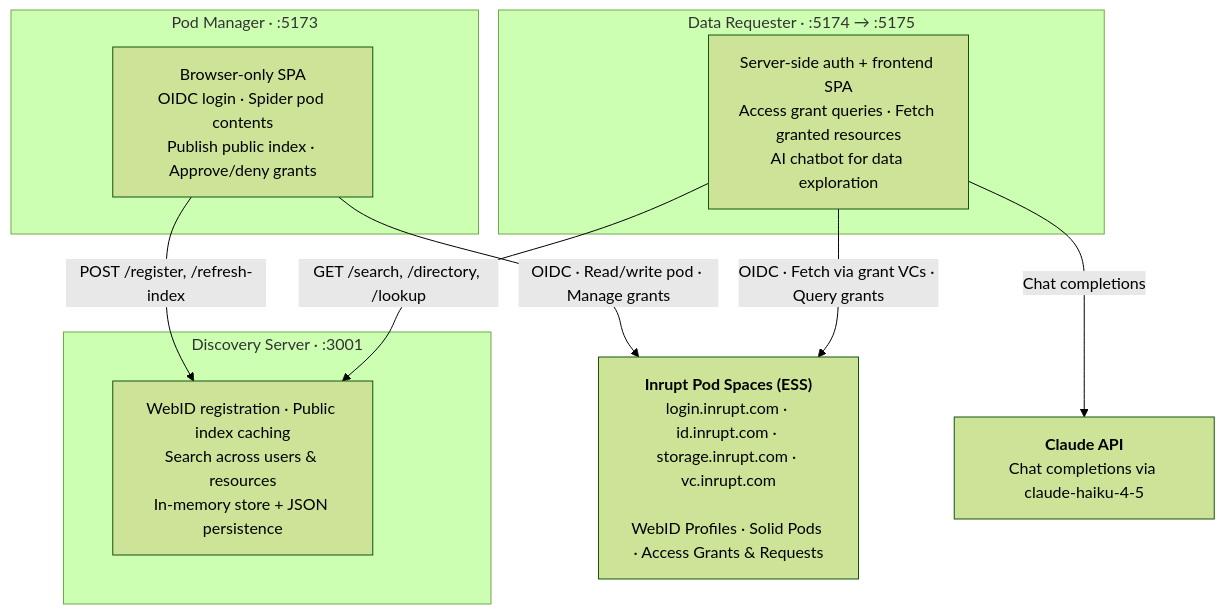
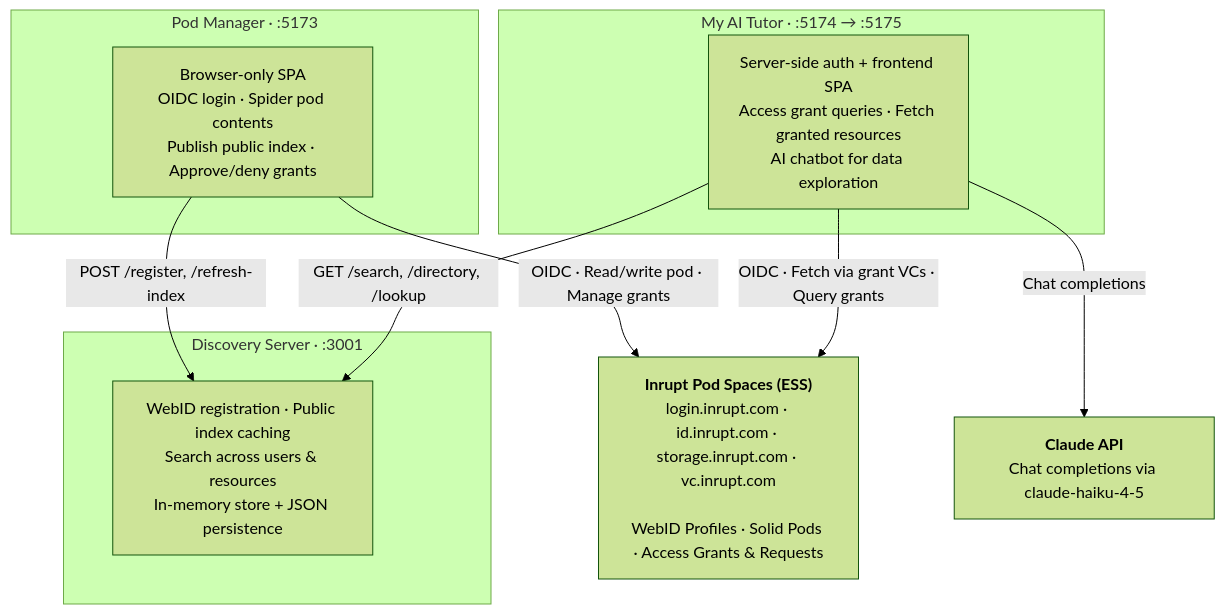
One commit to inrupt-sandbox/solid-sandbox-apps changed the diagram in README.md. Above: the diagram before and after it, drawn with Mermaid (forest theme). The commit also changed other lines of this file and 3 other files, not shown here.

Commit message:
Rename Data Requester to My AI Tutor

````diff
--- a/README.md
+++ b/README.md
@@ -9,24 +9,24 @@
 ```mermaid
 graph TB
     ESS["<b>Inrupt Pod Spaces (ESS)</b><br/>login.inrupt.com · id.inrupt.com · storage.inrupt.com · vc.inrupt.com<br/><br/>WebID Profiles · Solid Pods · Access Grants &amp; Requests"]
     AI["<b>Claude API</b><br/>Chat completions via claude-haiku-4-5"]
 
     subgraph PM["Pod Manager · :5173"]
         PM_desc["Browser-only SPA<br/>OIDC login · Spider pod contents<br/>Publish public index · Approve/deny grants"]
     end
 
-    subgraph DR["Data Requester · :5174 → :5175"]
+    subgraph DR["My AI Tutor · :5174 → :5175"]
         DR_desc["Server-side auth + frontend SPA<br/>Access grant queries · Fetch granted resources<br/>AI chatbot for data exploration"]
     end
 
     subgraph DS["Discovery Server · :3001"]
         DS_desc["WebID registration · Public index caching<br/>Search across users & resources<br/>In-memory store + JSON persistence"]
     end
 
     PM_desc -- "OIDC · Read/write pod · Manage grants" --> ESS
     PM_desc -- "POST /register, /refresh-index" --> DS_desc
 
     DR_desc -- "OIDC · Fetch via grant VCs · Query grants" --> ESS
     DR_desc -- "GET /search, /directory, /lookup" --> DS_desc
     DR_desc -- "Chat completions" --> AI
 ```
````
